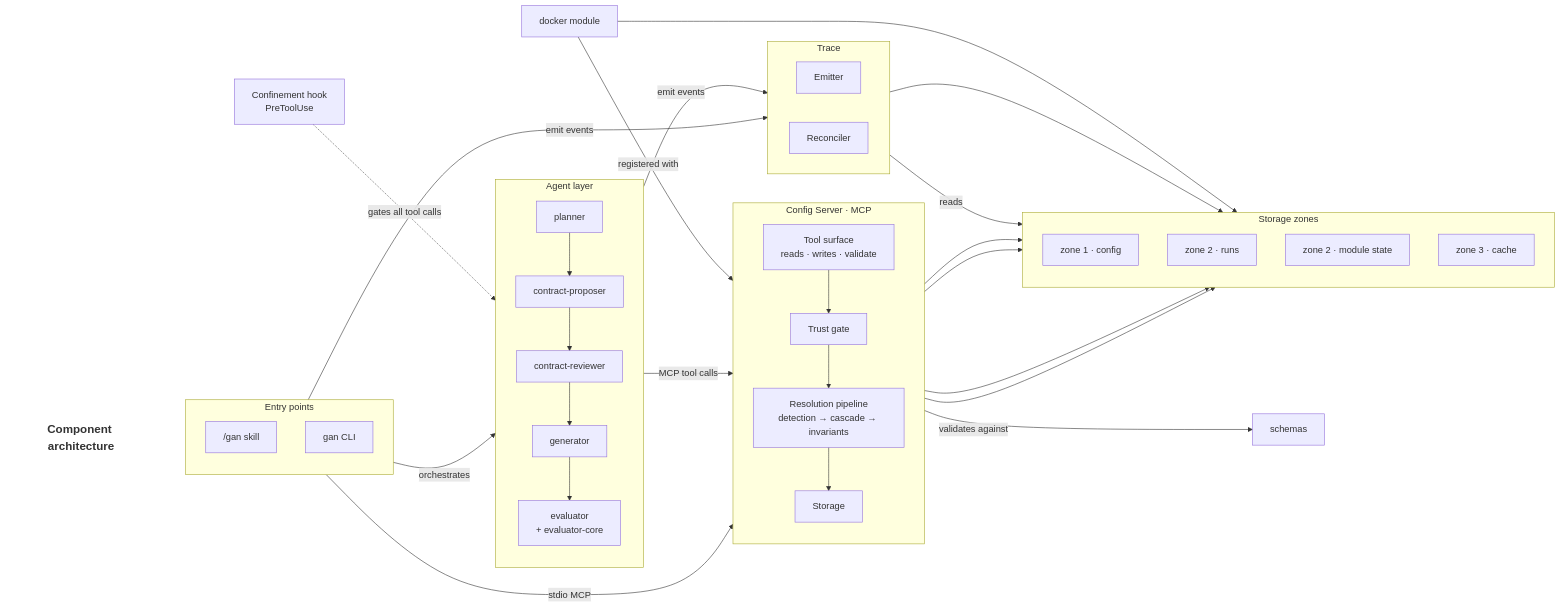
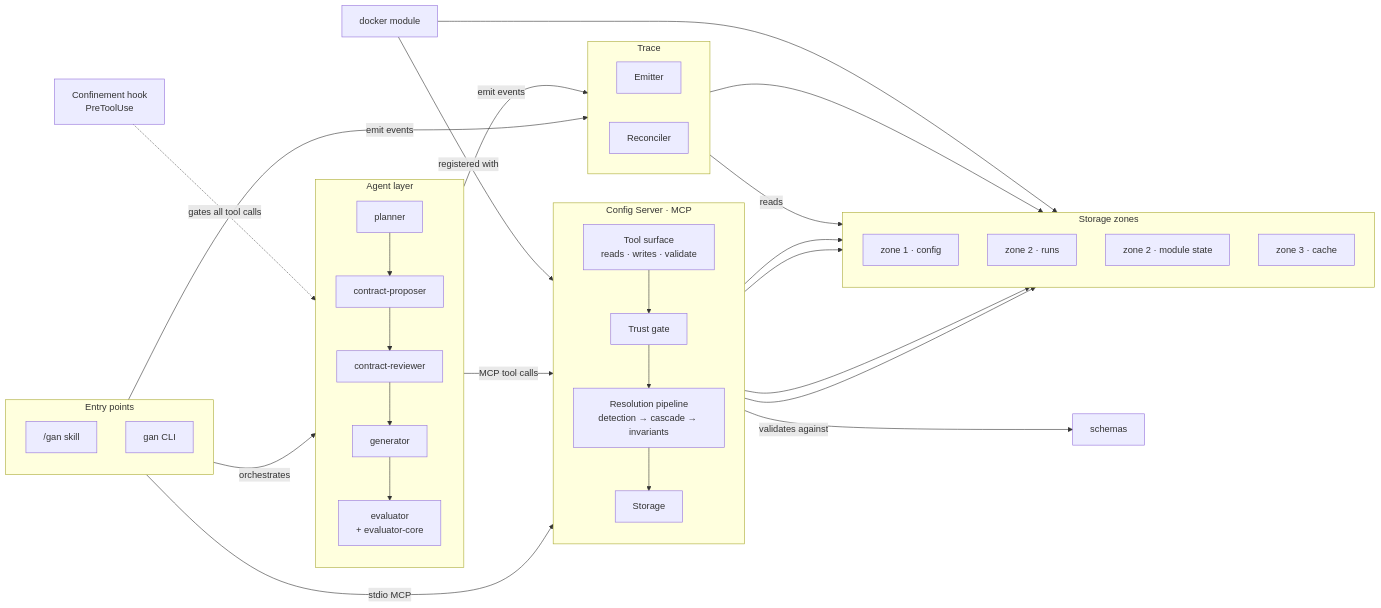
The first of 5 diagrams in documentation/subsystem-architecture.md (Thomas-AppForceOne/ClaudeAgents), drawn with Mermaid before and after one commit. The commit also changed other lines of this file, not shown here.

First line of the commit message:
docs: move titles to markdown headings, remove in-diagram title nodes

````diff
--- a/documentation/subsystem-architecture.md
+++ b/documentation/subsystem-architecture.md
@@ -13,58 +8,54 @@
 ```mermaid
 flowchart LR
-    TITLE["Component architecture"]:::diagramTitle
-    classDef diagramTitle font-size:20px,font-weight:bold,fill:none,stroke:none
-
     subgraph ENTRY["Entry points"]
         direction TB
         SKILL["/gan skill"]
         CLI["gan CLI"]
     end
 
     HOOK["Confinement hook\nPreToolUse"]
 
     subgraph AL["Agent layer"]
         direction TB
         PL["planner"] --> CP["contract-proposer"] --> CR["contract-reviewer"] --> GN["generator"] --> EV["evaluator\n+ evaluator-core"]
     end
 
     subgraph CS["Config Server · MCP"]
         direction TB
         MT["Tool surface\nreads · writes · validate"]
         TG["Trust gate"]
         RP["Resolution pipeline\ndetection → cascade → invariants"]
         ST["Storage"]
         MT --> TG --> RP --> ST
     end
 
     SCH["schemas"]
     DK["docker module"]
 
     subgraph TR["Trace"]
         direction LR
         EM["Emitter"]
         RC["Reconciler"]
     end
 
     subgraph ZN["Storage zones"]
         direction TB
         Z1["zone 1 · config"]
         Z2R["zone 2 · runs"]
         Z2M["zone 2 · module state"]
         Z3["zone 3 · cache"]
     end
 
-    TITLE      ~~~ ENTRY
     SKILL      -->|"orchestrates"| AL
     CLI        -->|"stdio MCP"| MT
     HOOK      -.->|"gates all tool calls"| AL
     AL         -->|"MCP tool calls"| MT
     DK         -->|"registered with"| MT
     RP         -->|"validates against"| SCH
     ST         --> Z1 & Z2R & Z2M & Z3
     SKILL      -->|"emit events"| EM
     AL         -->|"emit events"| EM
     EM         --> Z2R
     RC         -->|"reads"| Z2R
     DK         --> Z2M
 ```
````
